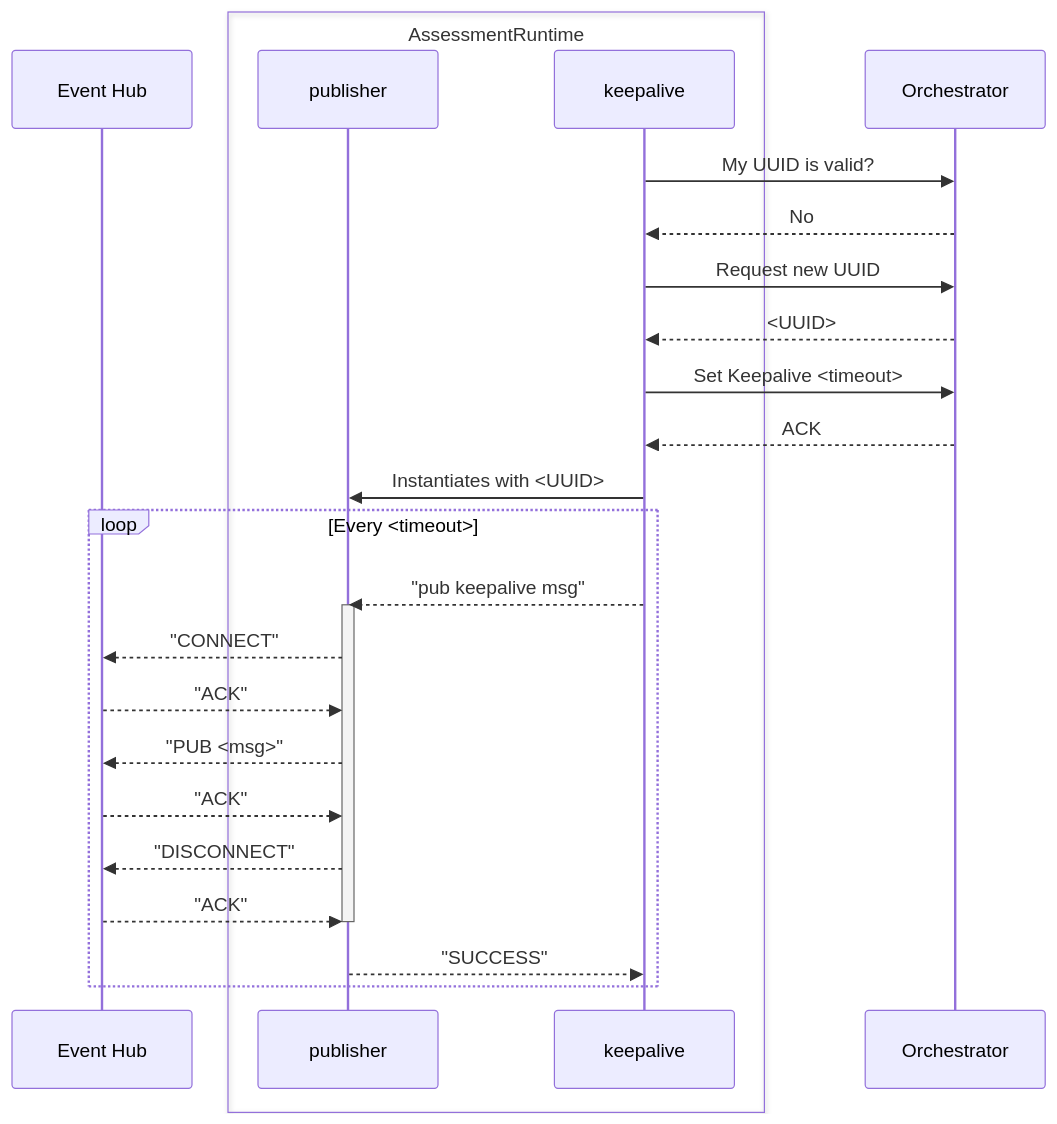
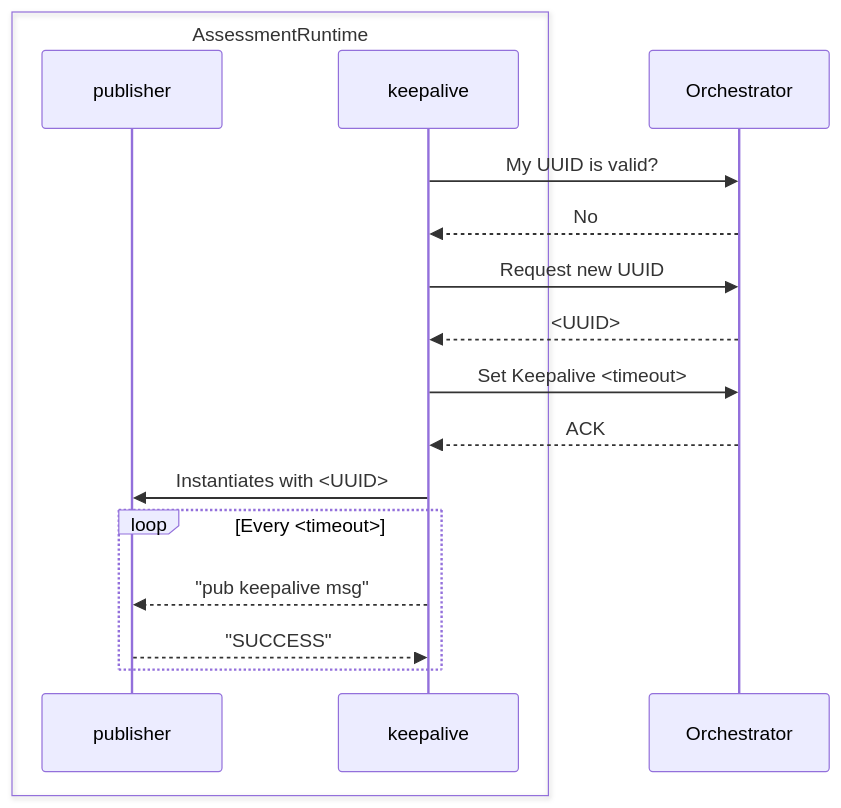
Before and after one commit to compliance-framework/website: the second of 4 diagrams in sequence_diagrams/ASSESSMENT_RUNTIME_DIAGRAMS.md, drawn with Mermaid. The commit also changed other lines of this file, not shown here.

Commit message:
Introducing Jobs sequence Diagrams for AssessmentRuntime

````diff
--- a/sequence_diagrams/ASSESSMENT_RUNTIME_DIAGRAMS.md
+++ b/sequence_diagrams/ASSESSMENT_RUNTIME_DIAGRAMS.md
@@ -7,28 +25,19 @@
 ```mermaid
 sequenceDiagram
-participant Event Hub
 box AssessmentRuntime
     participant publisher
     participant keepalive
 end
     participant Orchestrator
     keepalive ->> Orchestrator: My UUID is valid?
     Orchestrator -->> keepalive: No
     keepalive ->> Orchestrator: Request new UUID
     Orchestrator -->> keepalive: <UUID>
     keepalive ->> Orchestrator: Set Keepalive <timeout>
     Orchestrator -->> keepalive: ACK
     keepalive ->> publisher: Instantiates with <UUID>
     loop Every <timeout>
     keepalive -->> publisher: "pub keepalive msg"
-     activate publisher
-    publisher -->> Event Hub: "CONNECT"
-    Event Hub -->> publisher: "ACK"
-    publisher -->> Event Hub: "PUB <msg>"
-    Event Hub -->> publisher: "ACK"
-    publisher -->> Event Hub: "DISCONNECT"
-    Event Hub -->> publisher: "ACK"
-    deactivate publisher
     publisher -->> keepalive: "SUCCESS"
     end
 ```
````
